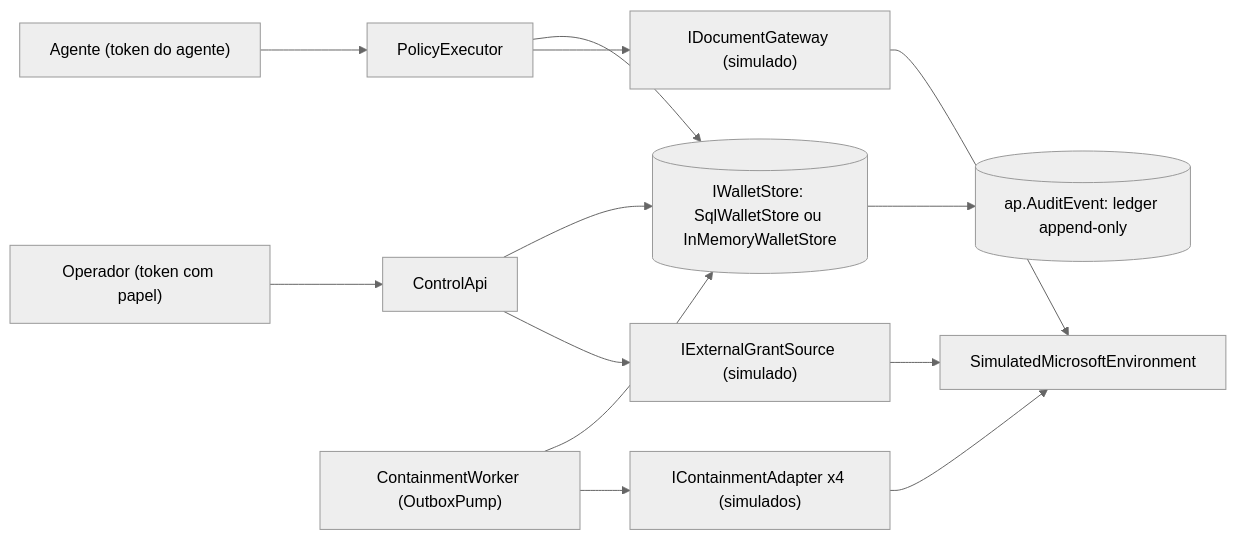
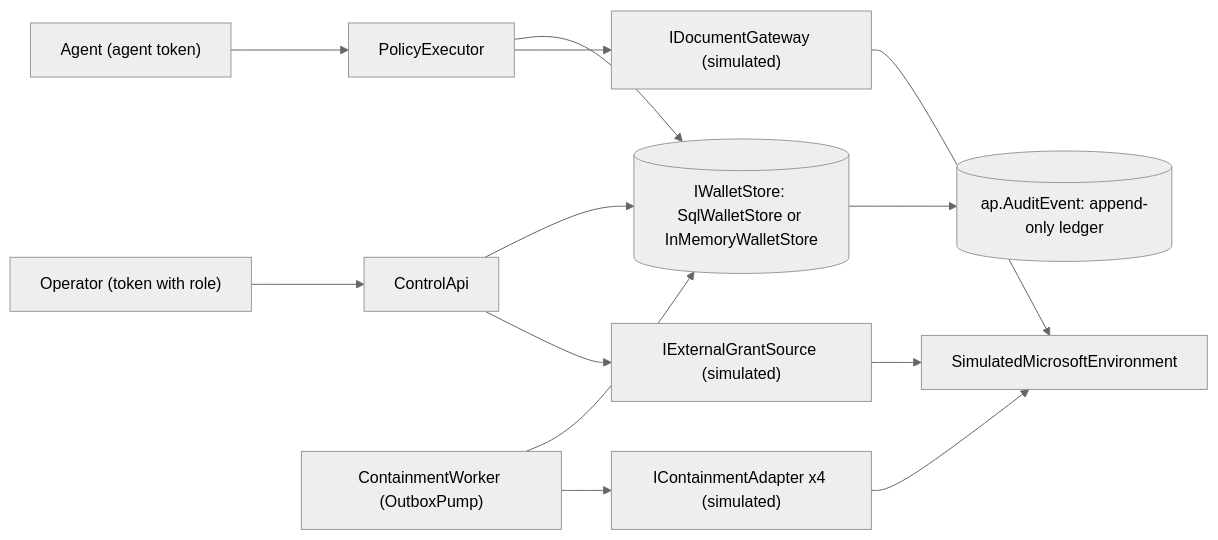
One commit to epestana28/agent-portifolio changed the first of 3 diagrams in docs/architecture.md. Above: the diagram before and after it, drawn with Mermaid (neutral theme). The commit also changed other lines of this file and 64 other files, not shown here.

````diff
--- a/docs/architecture.md
+++ b/docs/architecture.md
@@ -31,15 +31,15 @@
 ```mermaid
 flowchart LR
-    Operador["Operador (token com papel)"] --> Control["ControlApi"]
-    Agente["Agente (token do agente)"] --> Executor["PolicyExecutor"]
-    Control --> Store[("IWalletStore: SqlWalletStore ou InMemoryWalletStore")]
+    Operador["Operator (token with role)"] --> Control["ControlApi"]
+    Agente["Agent (agent token)"] --> Executor["PolicyExecutor"]
+    Control --> Store[("IWalletStore: SqlWalletStore or InMemoryWalletStore")]
     Executor --> Store
     Worker["ContainmentWorker (OutboxPump)"] --> Store
-    Store --> Ledger[("ap.AuditEvent: ledger append-only")]
-    Executor --> Gateway["IDocumentGateway (simulado)"]
-    Worker --> Adapters["IContainmentAdapter x4 (simulados)"]
-    Control --> Grants["IExternalGrantSource (simulado)"]
+    Store --> Ledger[("ap.AuditEvent: append-only ledger")]
+    Executor --> Gateway["IDocumentGateway (simulated)"]
+    Worker --> Adapters["IContainmentAdapter x4 (simulated)"]
+    Control --> Grants["IExternalGrantSource (simulated)"]
     Gateway --> Sim["SimulatedMicrosoftEnvironment"]
     Adapters --> Sim
     Grants --> Sim
 ```
````
